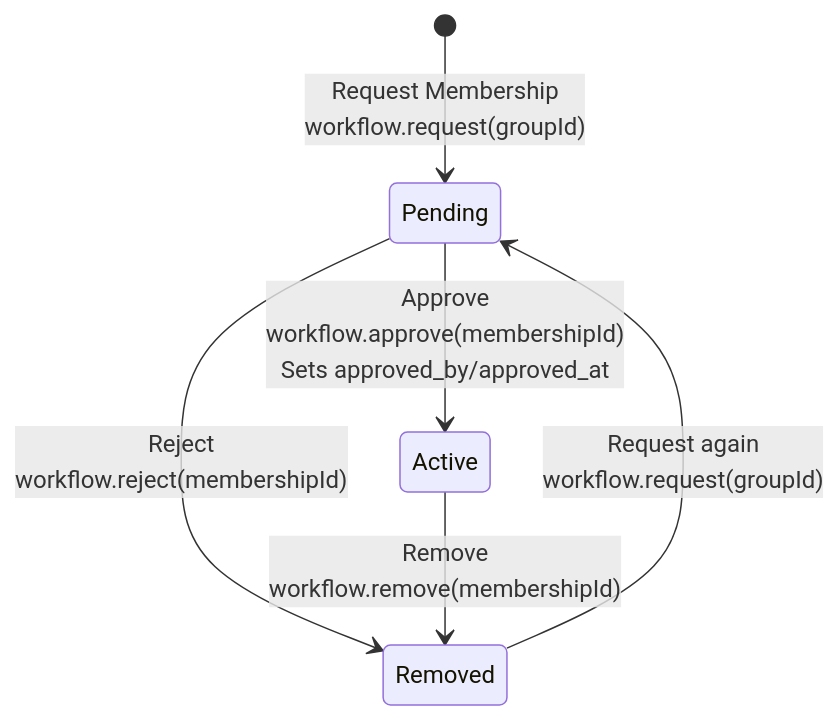
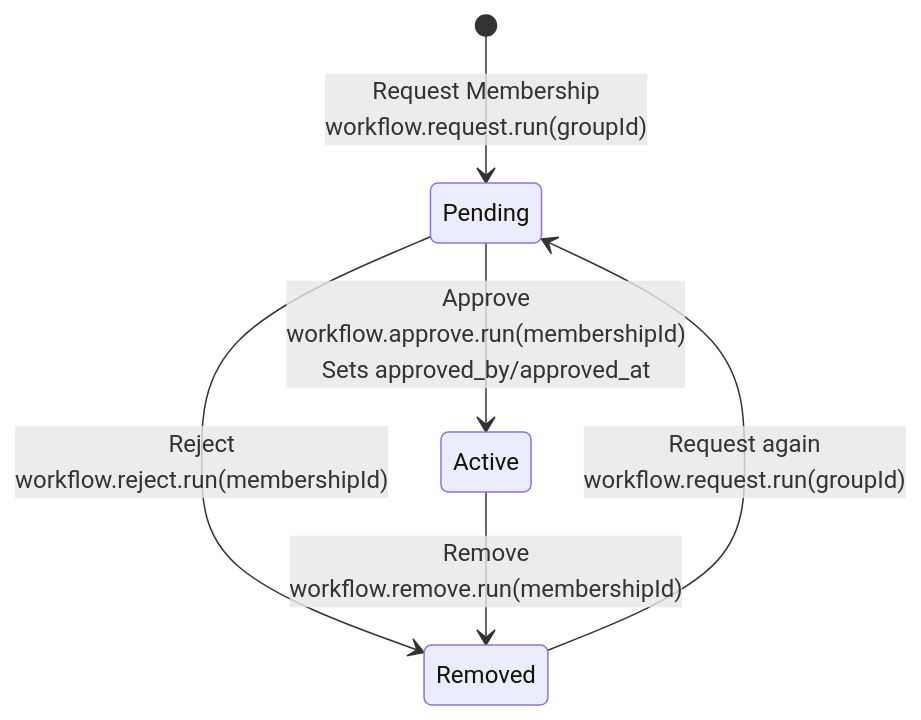
One commit to ndelangen/dunezone changed the diagram in docs/membership.md. Above: the diagram before and after it, drawn with Mermaid. The commit also changed other lines of this file, not shown here.

Commit message:
Clarify membership workflow documentation

````diff
--- a/docs/membership.md
+++ b/docs/membership.md
@@ -5,8 +5,8 @@
 ```mermaid
 stateDiagram-v2
-    [*] --> Pending: Request Membership<br/>workflow.request(groupId)
-    Pending --> Active: Approve<br/>workflow.approve(membershipId)<br/>Sets approved_by/approved_at
-    Pending --> Removed: Reject<br/>workflow.reject(membershipId)
-    Active --> Removed: Remove<br/>workflow.remove(membershipId)
-    Removed --> Pending: Request again<br/>workflow.request(groupId)
+    [*] --> Pending: Request Membership<br/>workflow.request.run(groupId)
+    Pending --> Active: Approve<br/>workflow.approve.run(membershipId)<br/>Sets approved_by/approved_at
+    Pending --> Removed: Reject<br/>workflow.reject.run(membershipId)
+    Active --> Removed: Remove<br/>workflow.remove.run(membershipId)
+    Removed --> Pending: Request again<br/>workflow.request.run(groupId)
 ```
````
